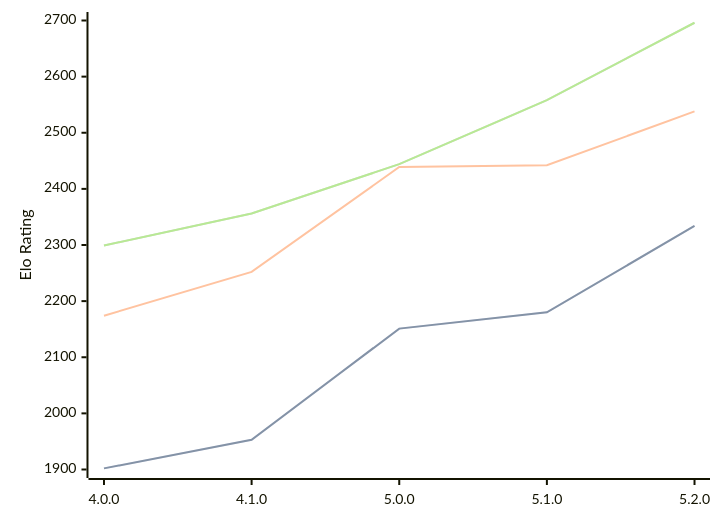
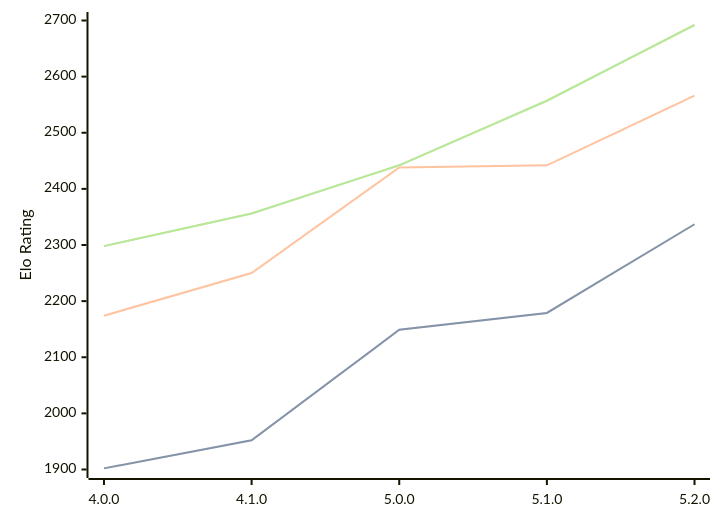
One commit to computer-chess-index/cci changed the third of 3 diagrams in engines/Aconcagua.md. Above: the diagram before and after it, drawn with Mermaid. The commit also changed other lines of this file, not shown here.

Commit message:
Update CCI Ratings (ELO VLTC) - 2026-06-19

````diff
--- a/engines/Aconcagua.md
+++ b/engines/Aconcagua.md
@@ -77,11 +77,11 @@
 ```mermaid
 %%{init: {"theme":"base","themeVariables":{"seriesColors:['#a3a3a3','#222221','#faa371']}}}%%
 xychart-beta
   x-axis ["4.0.0", "4.1.0", "5.0.0", "5.1.0", "5.2.0"]
   y-axis "Elo Rating" 1900 --> 2700
-  line "STC (8.0+0.08s)" [1902, 1953, 2151, 2180, 2334]
-  line "STC (8.0+0.08s)" [1902, 1953, 2151, 2180, 2334]
-  line "LTC (60.0+0.60s)" [2174, 2252, 2439, 2442, 2538]
-  line "VLTC (2m24s+1.12s)" [2299, 2356, 2444, 2558, 2696]
-  line "VLTC (2m24s+1.12s)" [2299, 2356, 2444, 2558, 2696]
+  line "STC (8.0+0.08s)" [1902, 1952, 2149, 2179, 2337]
+  line "STC (8.0+0.08s)" [1902, 1952, 2149, 2179, 2337]
+  line "LTC (60.0+0.60s)" [2174, 2250, 2438, 2442, 2566]
+  line "VLTC (2m24s+1.12s)" [2298, 2356, 2442, 2557, 2692]
+  line "VLTC (2m24s+1.12s)" [2298, 2356, 2442, 2557, 2692]
 ```
````
